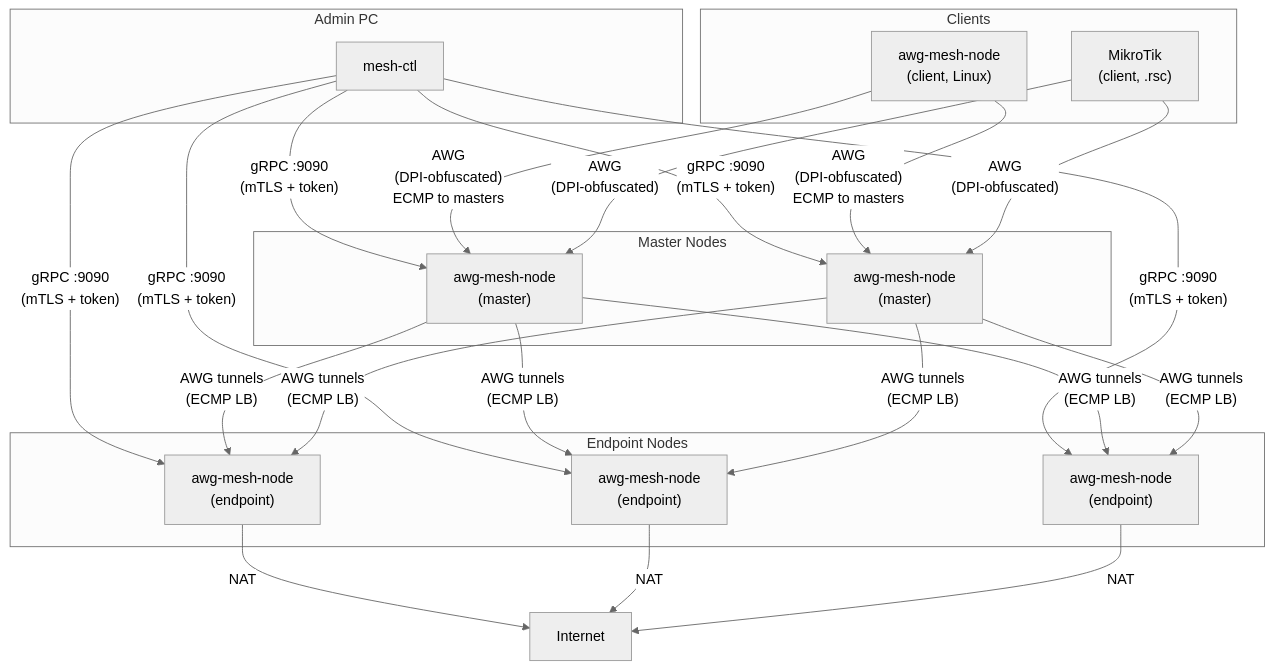
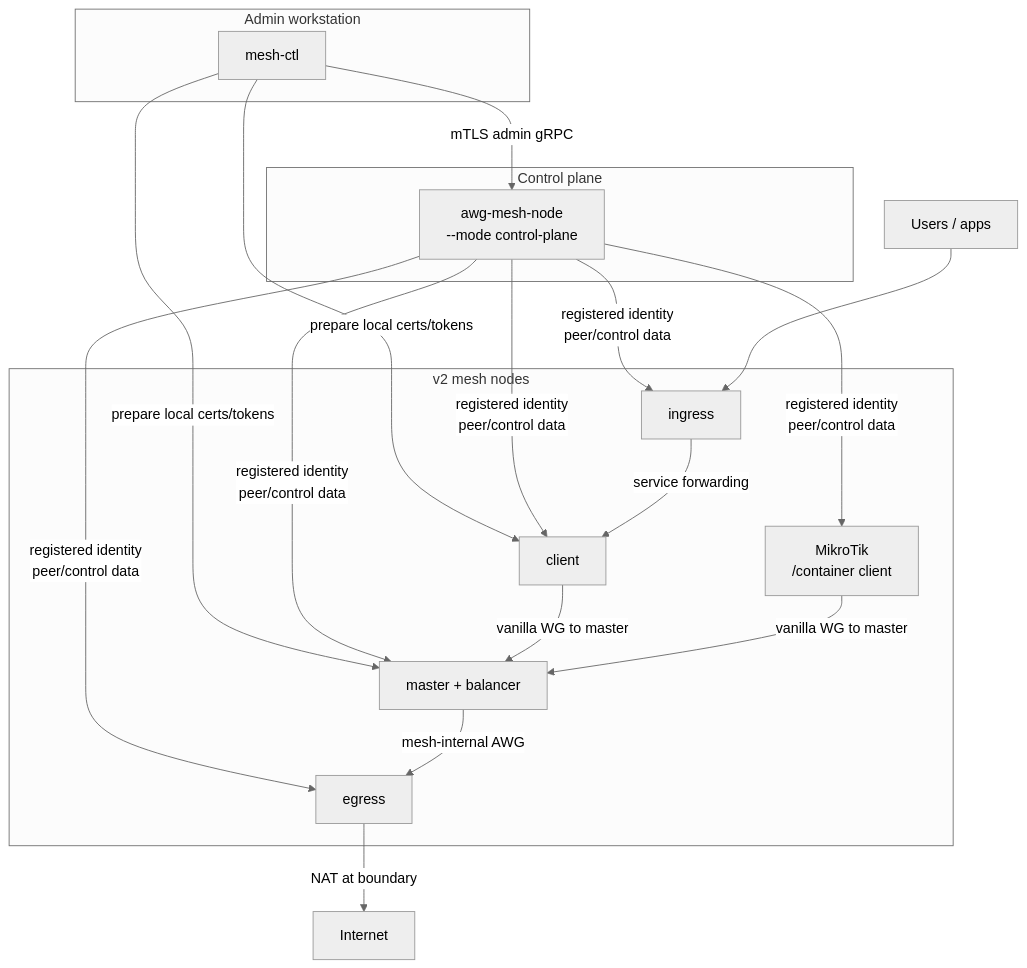
The diagram in README.md (coonfuuseed-paandaa/awg-mesh), drawn with Mermaid (neutral theme) before and after one commit. The commit also changed other lines of this file and 82 other files, not shown here.

````diff
--- a/README.md
+++ b/README.md
@@ -27,46 +19,36 @@
 ```mermaid
 graph TB
-    subgraph Admin["Admin PC"]
+    subgraph Admin["Admin workstation"]
         ctl["mesh-ctl"]
     end
 
-    subgraph Masters["Master Nodes"]
-        m1["awg-mesh-node\n(master)"]
-        m2["awg-mesh-node\n(master)"]
+    subgraph Control["Control plane"]
+        cp["awg-mesh-node\n--mode control-plane"]
     end
 
-    subgraph Endpoints["Endpoint Nodes"]
-        e1["awg-mesh-node\n(endpoint)"]
-        e2["awg-mesh-node\n(endpoint)"]
-        e3["awg-mesh-node\n(endpoint)"]
+    subgraph Mesh["v2 mesh nodes"]
+        master["master + balancer"]
+        egress["egress"]
+        ingress["ingress"]
+        client["client"]
+        mt["MikroTik\n/container client"]
     end
 
-    subgraph Clients["Clients"]
-        lc["awg-mesh-node\n(client, Linux)"]
-        mk["MikroTik\n(client, .rsc)"]
-    end
+    user["Users / apps"]
+    internet["Internet"]
 
-    inet["Internet"]
-
-    ctl -- "gRPC :9090\n(mTLS + token)" --> m1
-    ctl -- "gRPC :9090\n(mTLS + token)" --> m2
-    ctl -- "gRPC :9090\n(mTLS + token)" --> e1
-    ctl -- "gRPC :9090\n(mTLS + token)" --> e2
-    ctl -- "gRPC :9090\n(mTLS + token)" --> e3
-
-    m1 -- "AWG tunnels\n(ECMP LB)" --> e1
-    m1 -- "AWG tunnels\n(ECMP LB)" --> e2
-    m1 -- "AWG tunnels\n(ECMP LB)" --> e3
-    m2 -- "AWG tunnels\n(ECMP LB)" --> e1
-    m2 -- "AWG tunnels\n(ECMP LB)" --> e2
-    m2 -- "AWG tunnels\n(ECMP LB)" --> e3
-
-    lc -- "AWG\n(DPI-obfuscated)\nECMP to masters" --> m1
-    lc -- "AWG\n(DPI-obfuscated)\nECMP to masters" --> m2
-    mk -- "AWG\n(DPI-obfuscated)" --> m1
-    mk -- "AWG\n(DPI-obfuscated)" --> m2
-
-    e1 -- NAT --> inet
-    e2 -- NAT --> inet
-    e3 -- NAT --> inet
+    ctl -- "mTLS admin gRPC" --> cp
+    ctl -- "prepare local certs/tokens" --> client
+    ctl -- "prepare local certs/tokens" --> master
+    cp -- "registered identity\npeer/control data" --> master
+    cp -- "registered identity\npeer/control data" --> egress
+    cp -- "registered identity\npeer/control data" --> ingress
+    cp -- "registered identity\npeer/control data" --> client
+    cp -- "registered identity\npeer/control data" --> mt
+    client -- "vanilla WG to master" --> master
+    mt -- "vanilla WG to master" --> master
+    master -- "mesh-internal AWG" --> egress
+    ingress -- "service forwarding" --> client
+    egress -- "NAT at boundary" --> internet
+    user --> ingress
 ```
````
